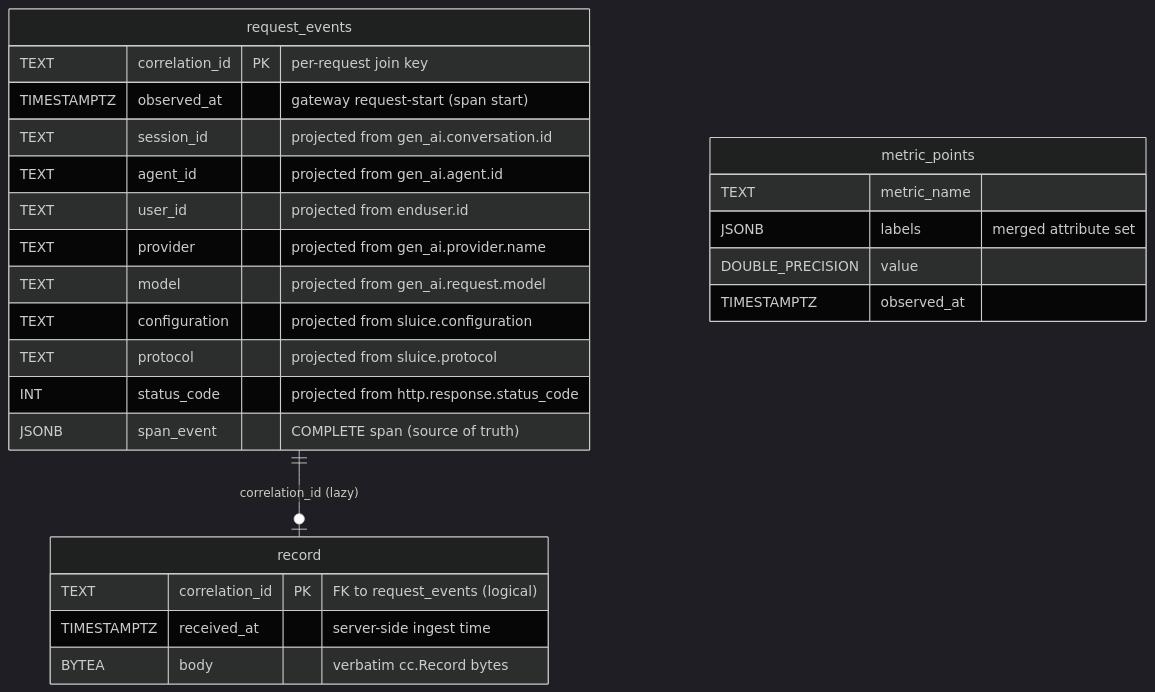
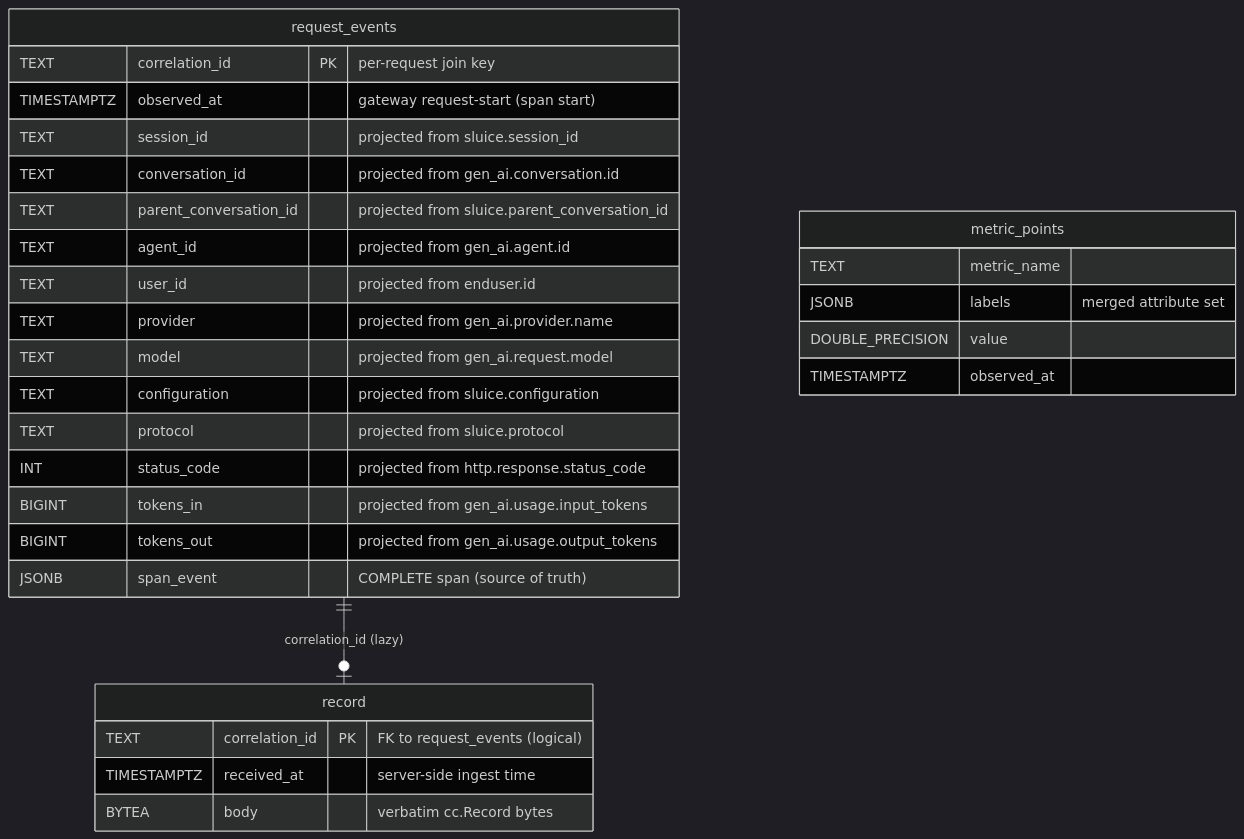
The diagram in docs/telemetry-database-schema.md (andyjmorgan/slipspace-gateway), drawn with Mermaid (dark theme) before and after one commit. The commit also changed other lines of this file and 5 other files, not shown here.

````diff
--- a/docs/telemetry-database-schema.md
+++ b/docs/telemetry-database-schema.md
@@ -40,28 +40,32 @@
 ```mermaid
 erDiagram
     request_events ||--o| record : "correlation_id (lazy)"
     request_events {
         TEXT        correlation_id PK "per-request join key"
         TIMESTAMPTZ observed_at "gateway request-start (span start)"
-        TEXT        session_id "projected from gen_ai.conversation.id"
+        TEXT        session_id "projected from sluice.session_id"
+        TEXT        conversation_id "projected from gen_ai.conversation.id"
+        TEXT        parent_conversation_id "projected from sluice.parent_conversation_id"
         TEXT        agent_id "projected from gen_ai.agent.id"
         TEXT        user_id "projected from enduser.id"
         TEXT        provider "projected from gen_ai.provider.name"
         TEXT        model "projected from gen_ai.request.model"
         TEXT        configuration "projected from sluice.configuration"
         TEXT        protocol "projected from sluice.protocol"
         INT         status_code "projected from http.response.status_code"
+        BIGINT      tokens_in "projected from gen_ai.usage.input_tokens"
+        BIGINT      tokens_out "projected from gen_ai.usage.output_tokens"
         JSONB       span_event "COMPLETE span (source of truth)"
     }
     record {
         TEXT        correlation_id PK "FK to request_events (logical)"
         TIMESTAMPTZ received_at "server-side ingest time"
         BYTEA       body "verbatim cc.Record bytes"
     }
     metric_points {
         TEXT             metric_name
         JSONB            labels "merged attribute set"
         DOUBLE_PRECISION value
         TIMESTAMPTZ      observed_at
     }
 ```
````
